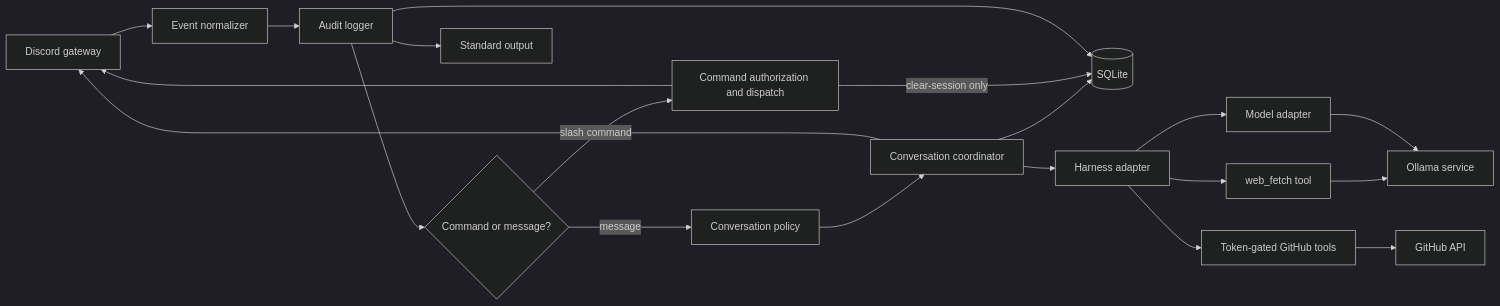
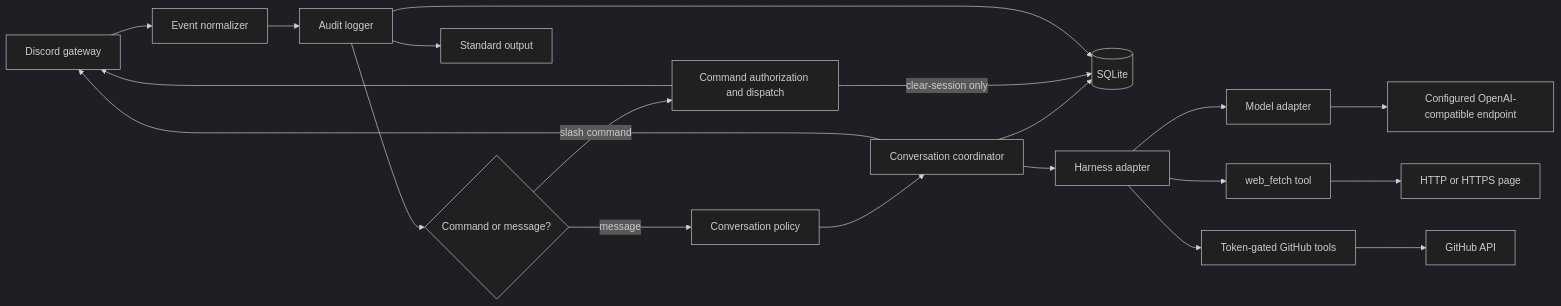
The diagram in design/rebuild-guide.md (HSV-AI/artemis), drawn with Mermaid (dark theme) before and after one commit. The commit also changed other lines of this file and 17 other files, not shown here.

Commit message:
feat(model): configure inference provider

````diff
--- a/design/rebuild-guide.md
+++ b/design/rebuild-guide.md
@@ -42,22 +42,22 @@
 ```mermaid
 flowchart LR
     Discord[Discord gateway] --> Normalize[Event normalizer]
     Normalize --> Audit[Audit logger]
     Audit --> Route{Command or message?}
     Route -->|slash command| Commands[Command authorization and dispatch]
     Route -->|message| Policy[Conversation policy]
     Policy --> Sessions[Conversation coordinator]
     Sessions --> Store[(SQLite)]
     Sessions --> Harness[Harness adapter]
     Harness --> Model[Model adapter]
     Harness --> WebFetch[web_fetch tool]
     Harness --> GitHubTools[Token-gated GitHub tools]
-    WebFetch --> Ollama
+    WebFetch --> Web[HTTP or HTTPS page]
     GitHubTools --> GitHubAPI[GitHub API]
-    Model --> Ollama[Ollama service]
+    Model --> Provider[Configured OpenAI-compatible endpoint]
     Commands -- clear-session only --> Store
     Commands --> Discord
     Sessions --> Discord
     Audit --> Console[Standard output]
     Audit --> Store
 ```
````
